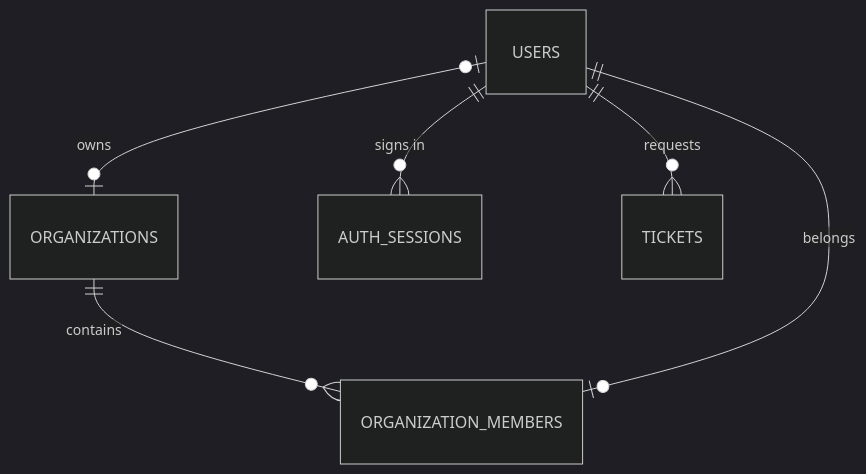
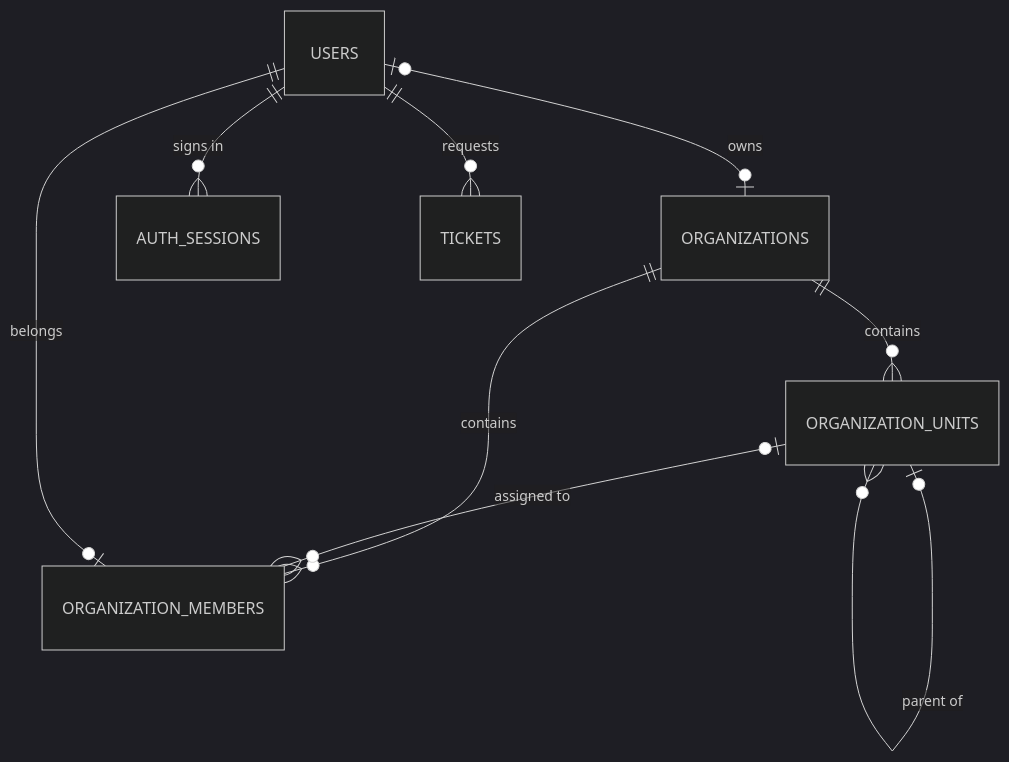
The diagram in documents/markdown/ke-hoach-iam-rbac.md (Arter2507/csn-dx24tt8016-toquangtuong-helpdesk-nodejs-local), drawn with Mermaid (dark theme) before and after one commit. The commit also changed other lines of this file and 173 other files, not shown here.

````diff
--- a/documents/markdown/ke-hoach-iam-rbac.md
+++ b/documents/markdown/ke-hoach-iam-rbac.md
@@ -14,8 +14,11 @@
 ```mermaid
 erDiagram
     USERS o|--o| ORGANIZATIONS : "owns"
     ORGANIZATIONS ||--o{ ORGANIZATION_MEMBERS : "contains"
+    ORGANIZATIONS ||--o{ ORGANIZATION_UNITS : "contains"
+    ORGANIZATION_UNITS o|--o{ ORGANIZATION_UNITS : "parent of"
+    ORGANIZATION_UNITS o|--o{ ORGANIZATION_MEMBERS : "assigned to"
     USERS ||--o| ORGANIZATION_MEMBERS : "belongs"
     USERS ||--o{ AUTH_SESSIONS : "signs in"
     USERS ||--o{ TICKETS : "requests"
 ```
````
